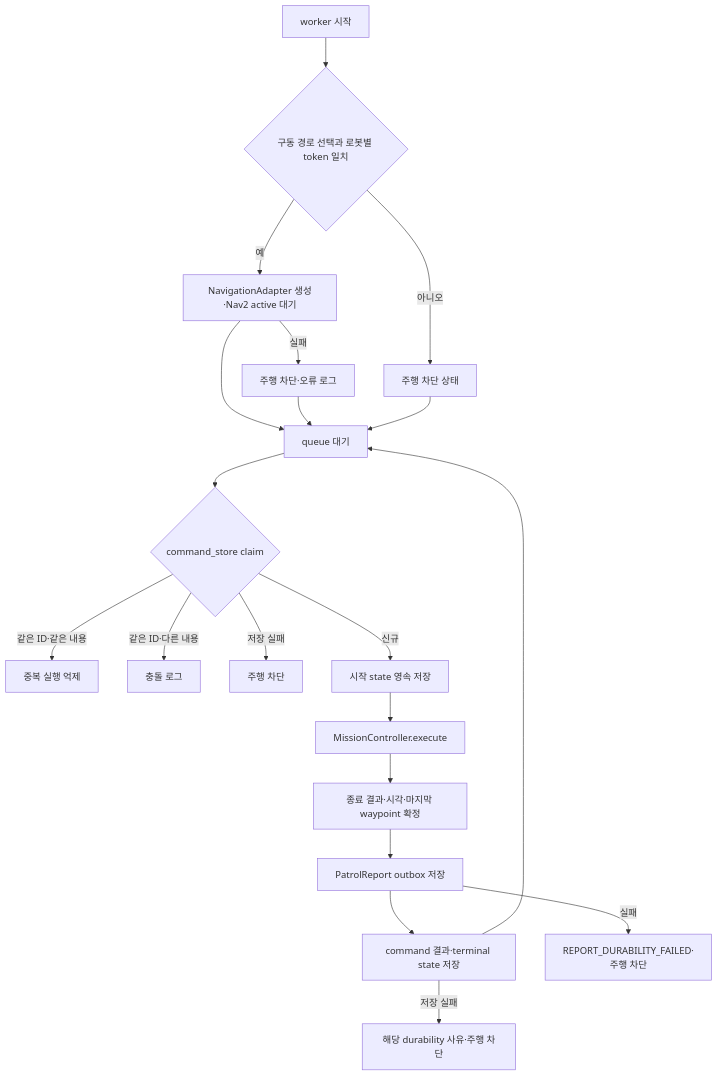
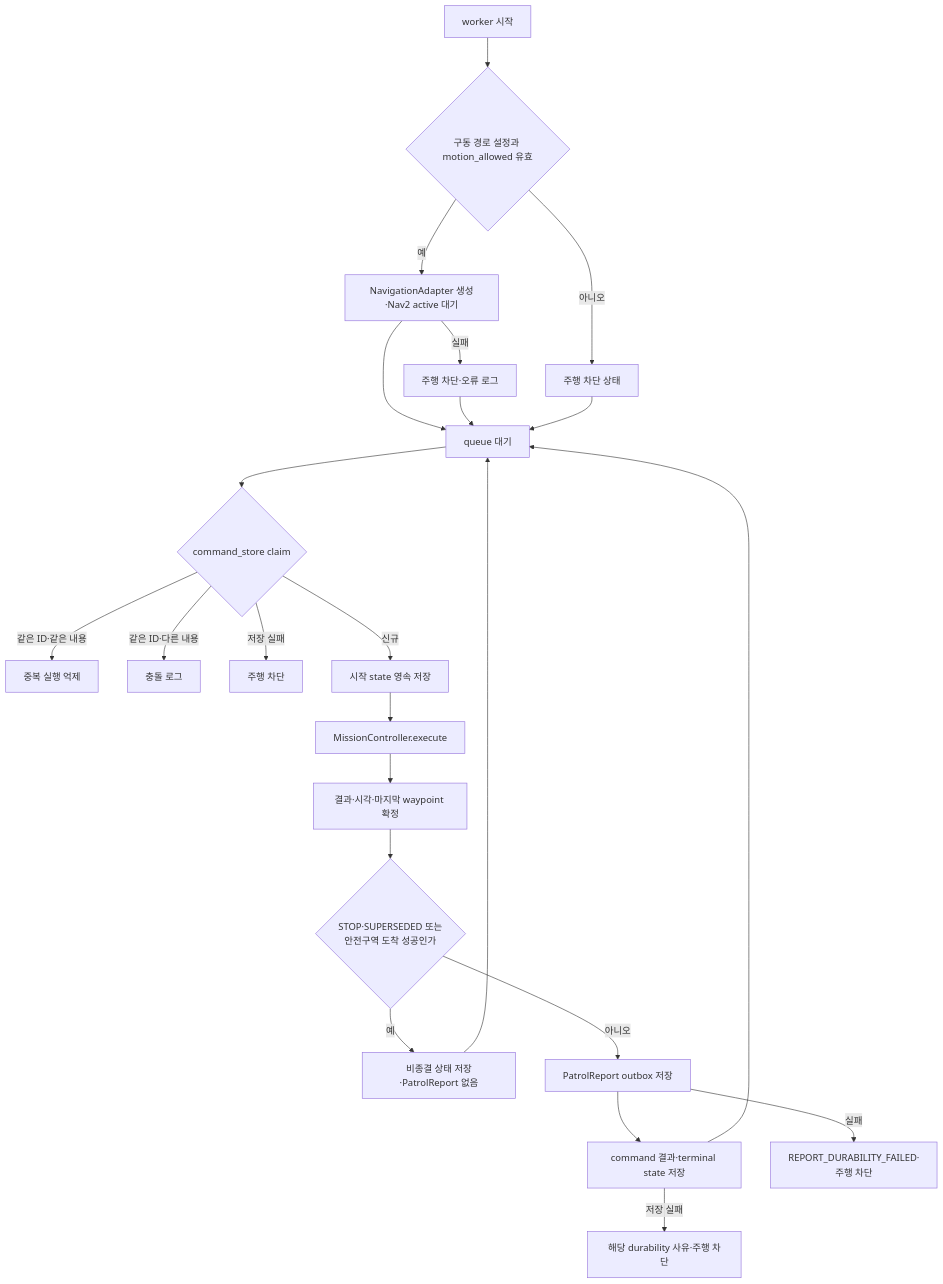
One commit to suuuhululu/patrol changed the ninth of 29 diagrams in src/patrol_amr/docs/mission_navigation.md. Above: the diagram before and after it, drawn with Mermaid. The commit also changed other lines of this file and 22 other files, not shown here.

```diff
--- a/src/patrol_amr/docs/mission_navigation.md
+++ b/src/patrol_amr/docs/mission_navigation.md
@@ -234,22 +244,25 @@
 ~~~mermaid
 flowchart TD
-    A[worker 시작] --> B{구동 경로 선택과 로봇별 token 일치}
+    A[worker 시작] --> B{구동 경로 설정과 motion_allowed 유효}
     B -->|예| C[NavigationAdapter 생성·Nav2 active 대기]
     C -->|실패| D[주행 차단·오류 로그]
     B -->|아니오| E[주행 차단 상태]
     C --> F[queue 대기]
     D --> F
     E --> F
     F --> G{command_store claim}
     G -->|같은 ID·같은 내용| H[중복 실행 억제]
     G -->|같은 ID·다른 내용| I[충돌 로그]
     G -->|저장 실패| J[주행 차단]
     G -->|신규| K[시작 state 영속 저장]
     K --> L[MissionController.execute]
-    L --> M[종료 결과·시각·마지막 waypoint 확정]
-    M --> N[PatrolReport outbox 저장]
-    N --> O[command 결과·terminal state 저장]
+    L --> M[결과·시각·마지막 waypoint 확정]
+    M --> N{STOP·SUPERSEDED 또는<br/>안전구역 도착 성공인가}
+    N -->|예| O[비종결 상태 저장·PatrolReport 없음]
+    N -->|아니오| P[PatrolReport outbox 저장]
+    P --> Q[command 결과·terminal state 저장]
     O --> F
-    N -->|실패| P[REPORT_DURABILITY_FAILED·주행 차단]
-    O -->|저장 실패| Q[해당 durability 사유·주행 차단]
+    Q --> F
+    P -->|실패| R[REPORT_DURABILITY_FAILED·주행 차단]
+    Q -->|저장 실패| S[해당 durability 사유·주행 차단]
 ~~~
```
